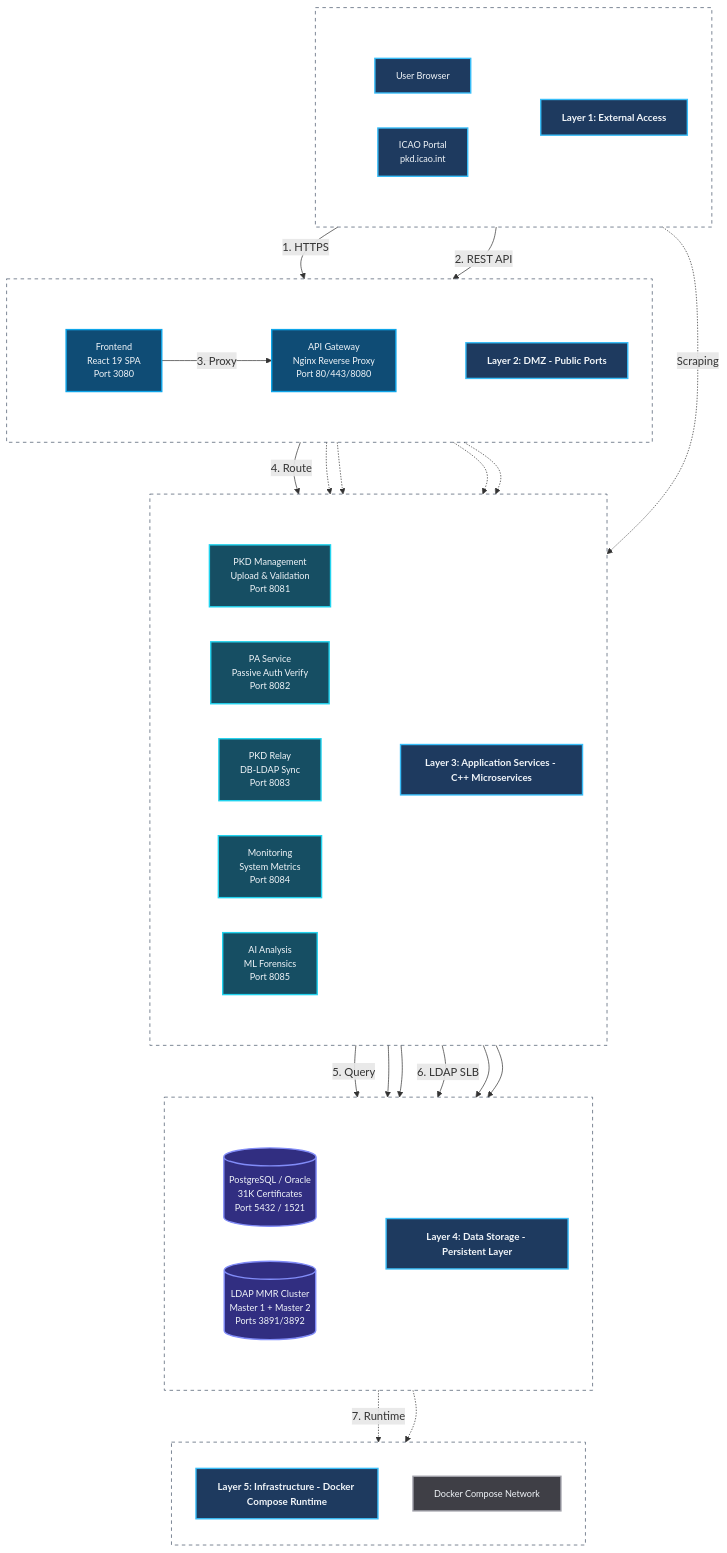
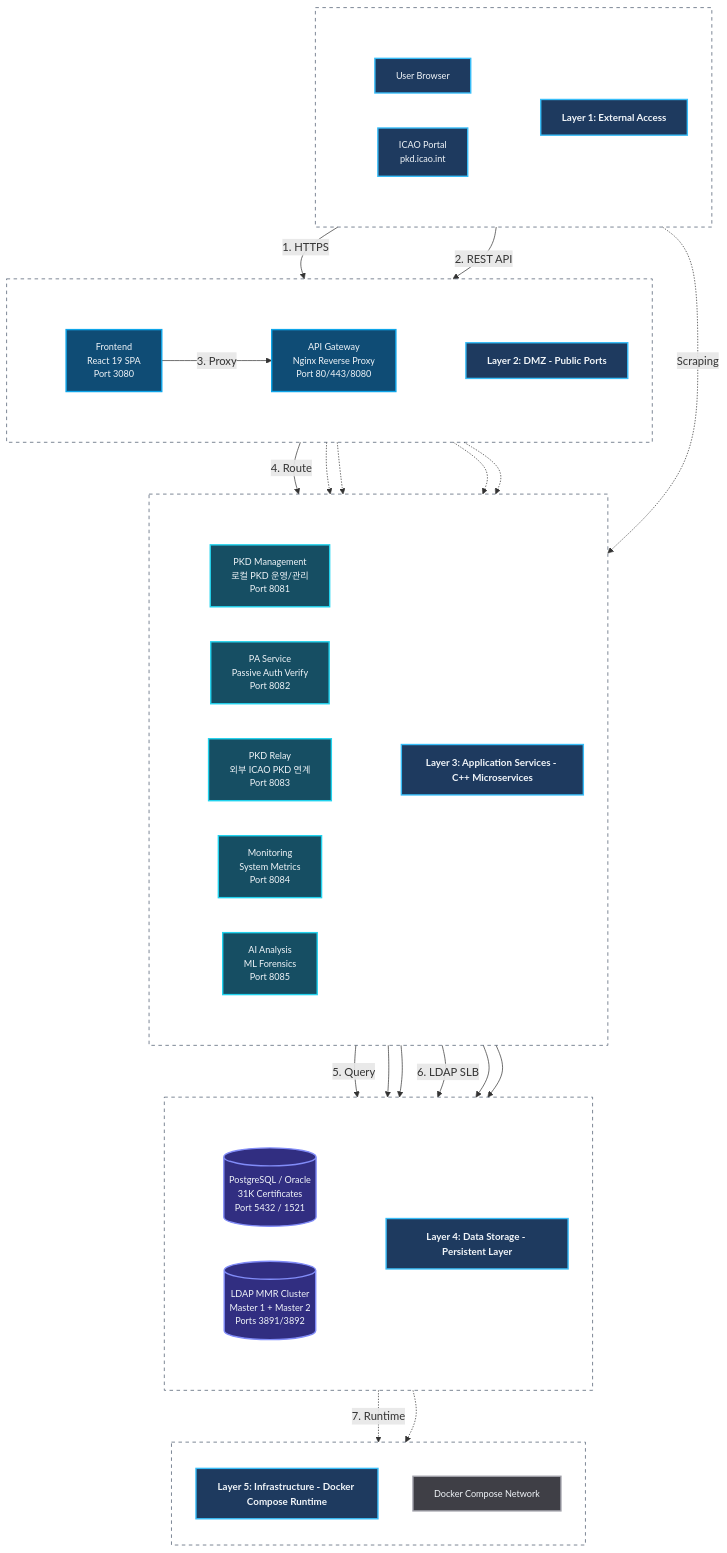
The first of 17 diagrams in docs/ARCHITECTURE.md (iland112/icao-local-pkd-cpp), drawn with Mermaid before and after one commit. The commit also changed other lines of this file and 6 other files, not shown here.

```diff
--- a/docs/ARCHITECTURE.md
+++ b/docs/ARCHITECTURE.md
@@ -113,9 +114,9 @@
         L3Title["Layer 3: Application Services - C++ Microservices"]
         subgraph L3Nodes[" "]
             direction LR
-            PKD["PKD Management<br/>Upload & Validation<br/>Port 8081"]
+            PKD["PKD Management<br/>로컬 PKD 운영/관리<br/>Port 8081"]
             PA["PA Service<br/>Passive Auth Verify<br/>Port 8082"]
-            Relay["PKD Relay<br/>DB-LDAP Sync<br/>Port 8083"]
+            Relay["PKD Relay<br/>외부 ICAO PKD 연계<br/>Port 8083"]
             Monitoring["Monitoring<br/>System Metrics<br/>Port 8084"]
             AI["AI Analysis<br/>ML Forensics<br/>Port 8085"]
         end
```
